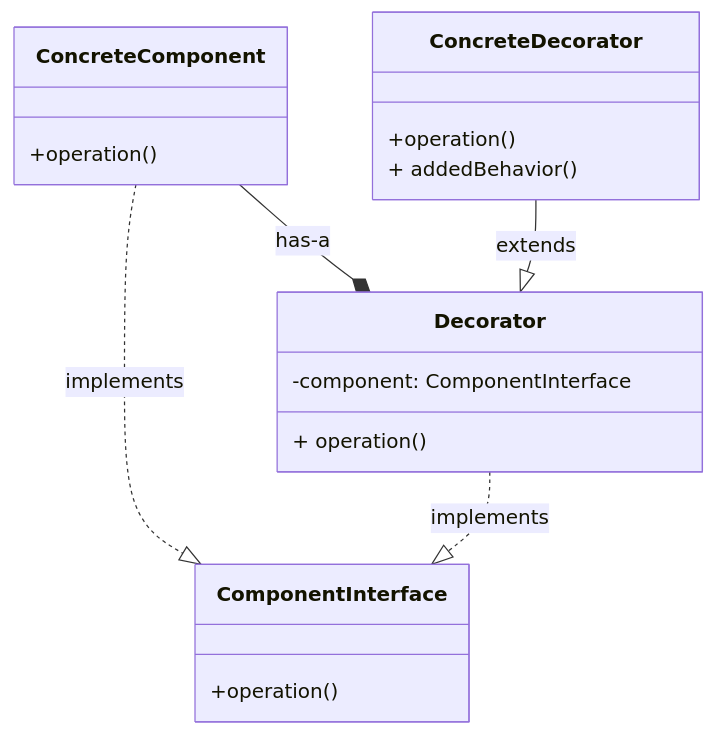
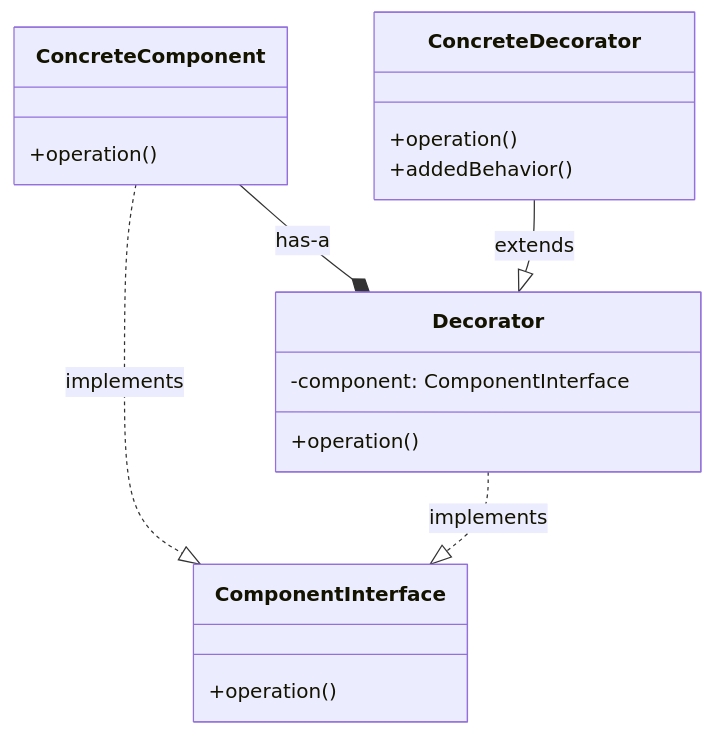
The ninth of 23 diagrams in docs/education/03-design-patterns/05-gof.mdx (EliFuzz/tech-labs), drawn with Mermaid before and after one commit. The commit also changed other lines of this file and 2 other files, not shown here.

````diff
--- a/docs/education/03-design-patterns/05-gof.mdx
+++ b/docs/education/03-design-patterns/05-gof.mdx
@@ -278,22 +318,22 @@
           ```mermaid
           classDiagram
           direction TB
           class ComponentInterface {
           +operation()
         }
           class ConcreteComponent {
           +operation()
         }
           class Decorator {
           -component: ComponentInterface
-          + operation()
+          +operation()
         }
           class ConcreteDecorator {
             +operation()
-            + addedBehavior()
+            +addedBehavior()
         }
           ConcreteComponent ..|> ComponentInterface : implements
           Decorator ..|> ComponentInterface : implements
           ConcreteDecorator --|> Decorator : extends
           ConcreteComponent --* Decorator : has-a
           ```
````
